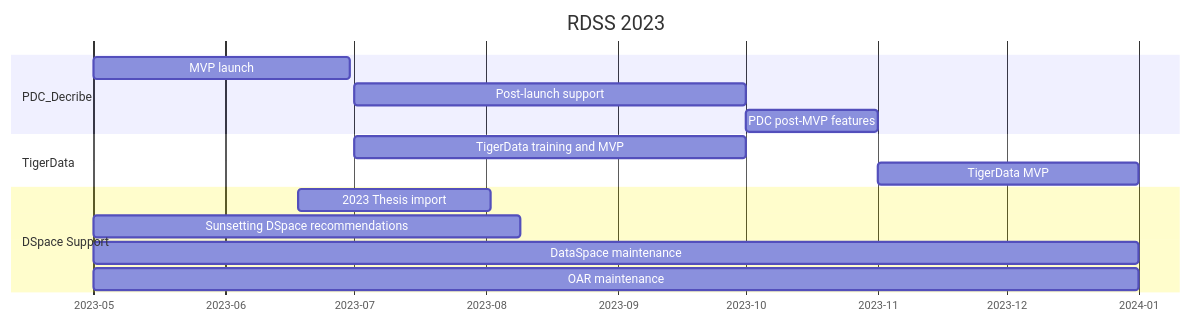
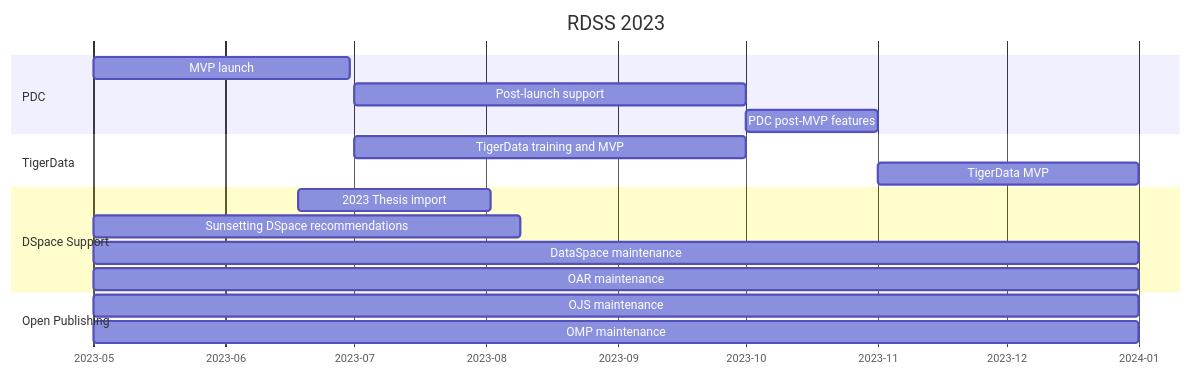
The first of 20 diagrams in roadmap.md (pulibrary/rdss-handbook), drawn with Mermaid before and after one commit.

Commit message:
Changes based on feedback

````diff
--- a/roadmap.md
+++ b/roadmap.md
@@ -5,18 +5,21 @@
 ```mermaid
 gantt
     title RDSS 2023
     axisFormat  %Y-%m
     dateformat YYYY-MM
-    section PDC_Decribe
+    section PDC
     MVP launch: pd1,2023-05-01,60d
     Post-launch support: pd2,2023-07-01,92d
     PDC post-MVP features: pd3,2023-10-01,31d
     section TigerData
     TigerData training and MVP: td1,2023-07-01,92d
     TigerData MVP: td2,2023-11-01,61d
     section DSpace Support
     2023 Thesis import: dsp1,2023-06-18,45d
     Sunsetting DSpace recommendations: dsp2,2023-05-01,100d
     DataSpace maintenance: dsp3,2023-05-01,245d
     OAR maintenance: dsp4,2023-05-01,245d
+    section Open Publishing
+    OJS maintenance: op1,2023-05-01,245d
+    OMP maintenance: op2,2023-05-01,245d
 ```
````
